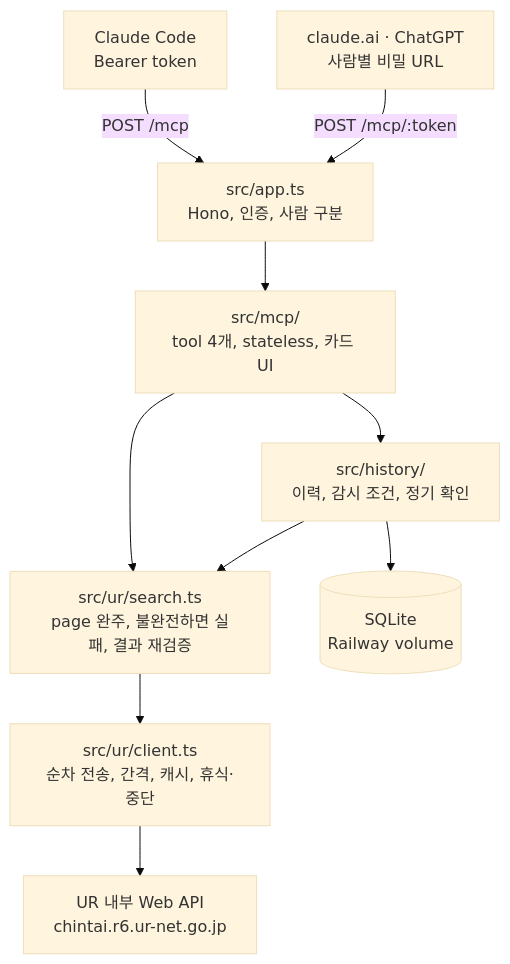
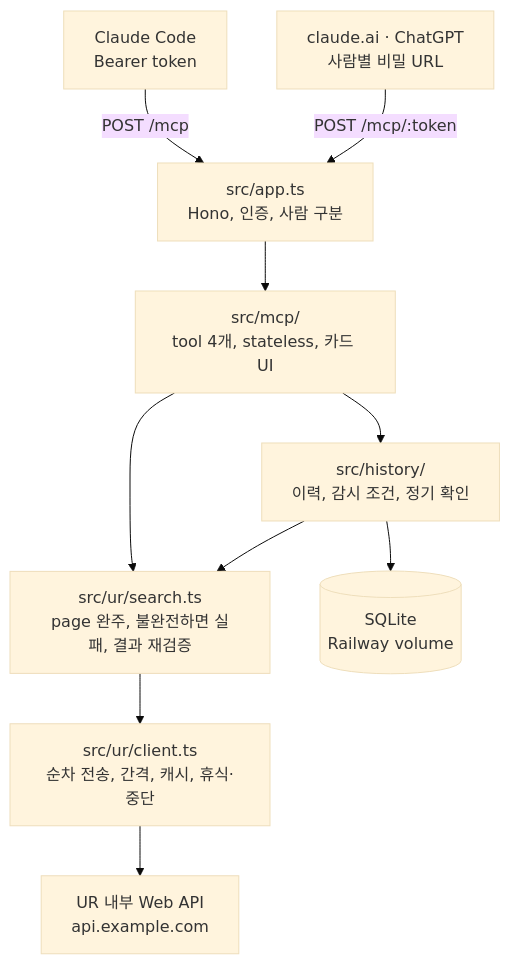
One commit to ottuck/diagram-polish changed the diagram in skills/architecture-diagram/examples/from-mermaid/ur-mcp-ko.mmd. Above: the diagram before and after it, drawn with Mermaid (base theme). The commit also changed 3 other files, not shown here.

Commit message:
Use an example host name in the Korean Mermaid example

```diff
--- a/skills/architecture-diagram/examples/from-mermaid/ur-mcp-ko.mmd
+++ b/skills/architecture-diagram/examples/from-mermaid/ur-mcp-ko.mmd
@@ -1,10 +1,10 @@
 flowchart TB
   cc["Claude Code<br/>Bearer token"] -->|"POST /mcp"| app
   web["claude.ai · ChatGPT<br/>사람별 비밀 URL"] -->|"POST /mcp/:token"| app
   app["src/app.ts<br/>Hono, 인증, 사람 구분"] --> mcp["src/mcp/<br/>tool 4개, stateless, 카드 UI"]
   mcp --> history["src/history/<br/>이력, 감시 조건, 정기 확인"]
   mcp --> search
   history --> search["src/ur/search.ts<br/>page 완주, 불완전하면 실패, 결과 재검증"]
   history --> db[("SQLite<br/>Railway volume")]
   search --> client["src/ur/client.ts<br/>순차 전송, 간격, 캐시, 휴식·중단"]
-  client --> ur["UR 내부 Web API<br/>chintai.r6.ur-net.go.jp"]
+  client --> ur["UR 내부 Web API<br/>api.example.com"]
```
